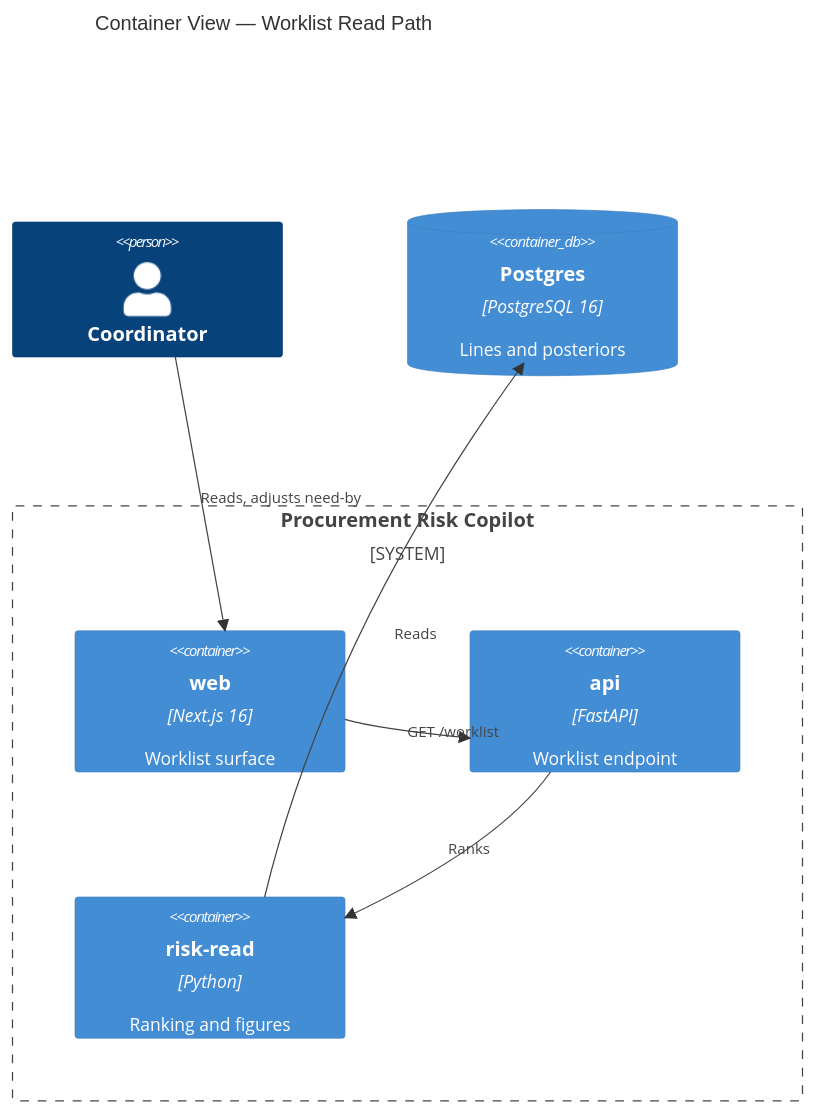
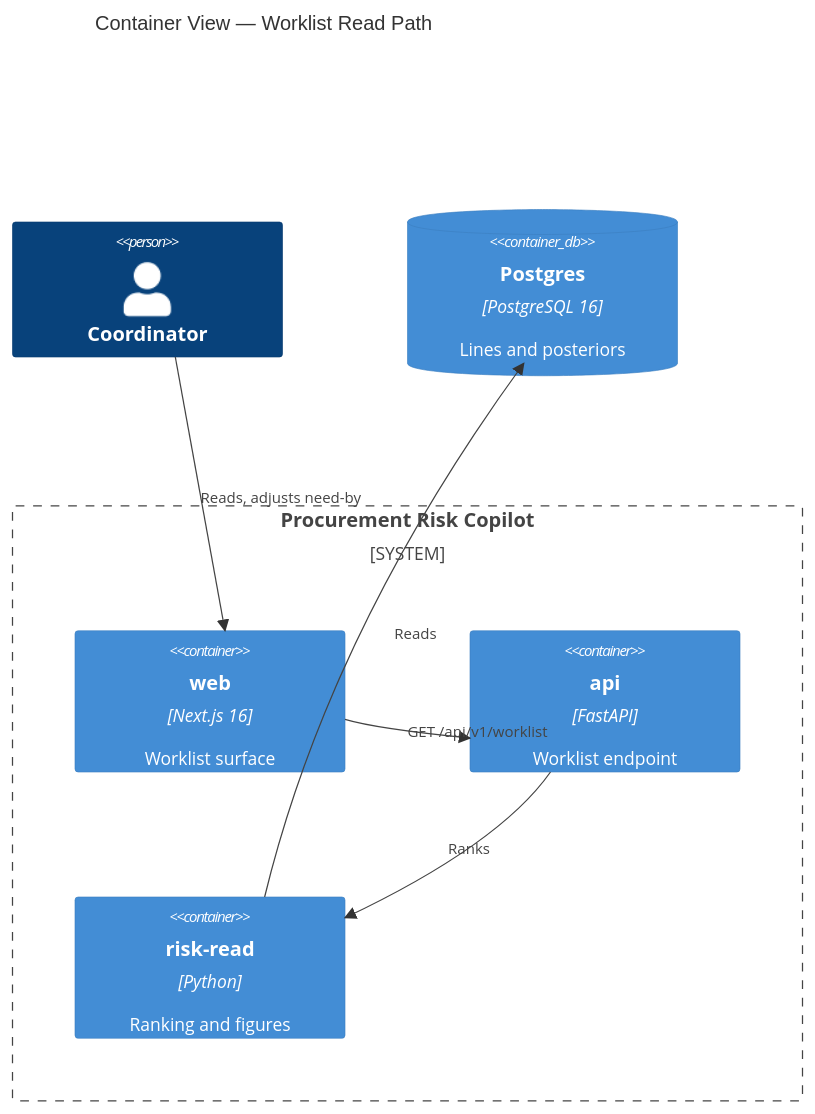
The diagram in specs/00010-risk-ranked-coordinator-worklist/plan.md (jsh562/Procurement-Risk), drawn with Mermaid before and after one commit. The commit also changed other lines of this file and 4 other files, not shown here.

````diff
--- a/specs/00010-risk-ranked-coordinator-worklist/plan.md
+++ b/specs/00010-risk-ranked-coordinator-worklist/plan.md
@@ -51,15 +51,15 @@
 ```mermaid
 C4Container
     title Container View — Worklist Read Path
     Person(coord, "Coordinator")
     System_Boundary(app, "Procurement Risk Copilot") {
         Container(web, "web", "Next.js 16", "Worklist surface")
         Container(api, "api", "FastAPI", "Worklist endpoint")
         Container(risk, "risk-read", "Python", "Ranking and figures")
     }
     ContainerDb(db, "Postgres", "PostgreSQL 16", "Lines and posteriors")
     Rel(coord, web, "Reads, adjusts need-by")
-    Rel(web, api, "GET /worklist")
+    Rel(web, api, "GET /api/v1/worklist")
     Rel(api, risk, "Ranks")
     Rel(risk, db, "Reads")
 ```
````
